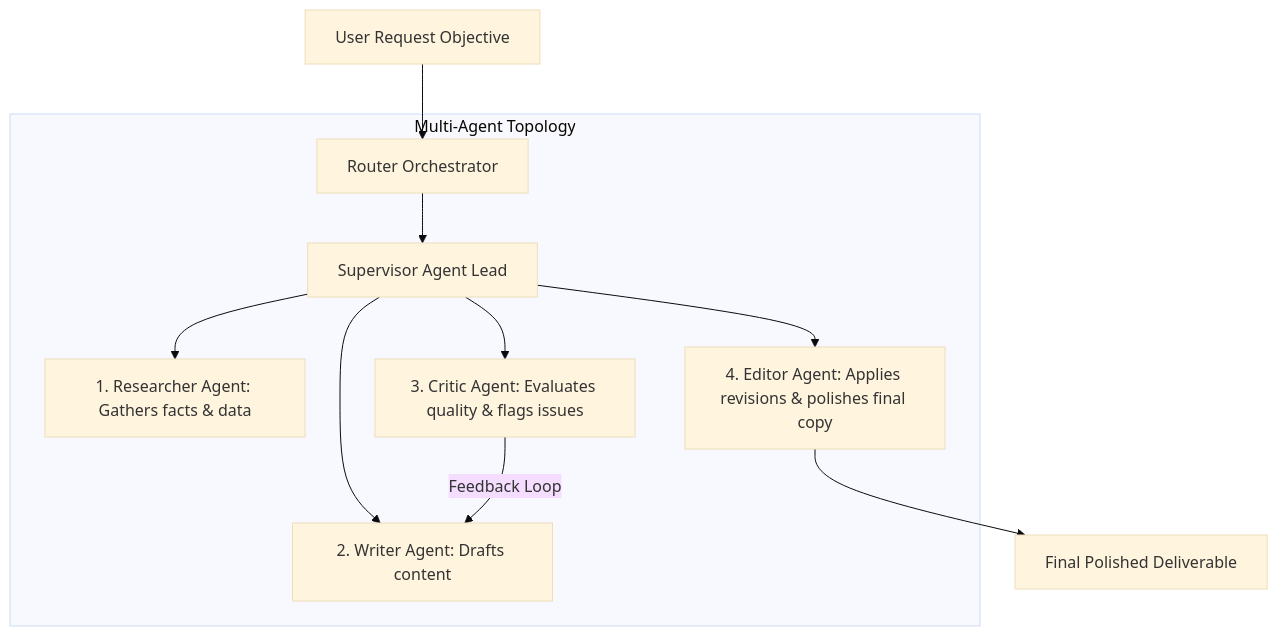
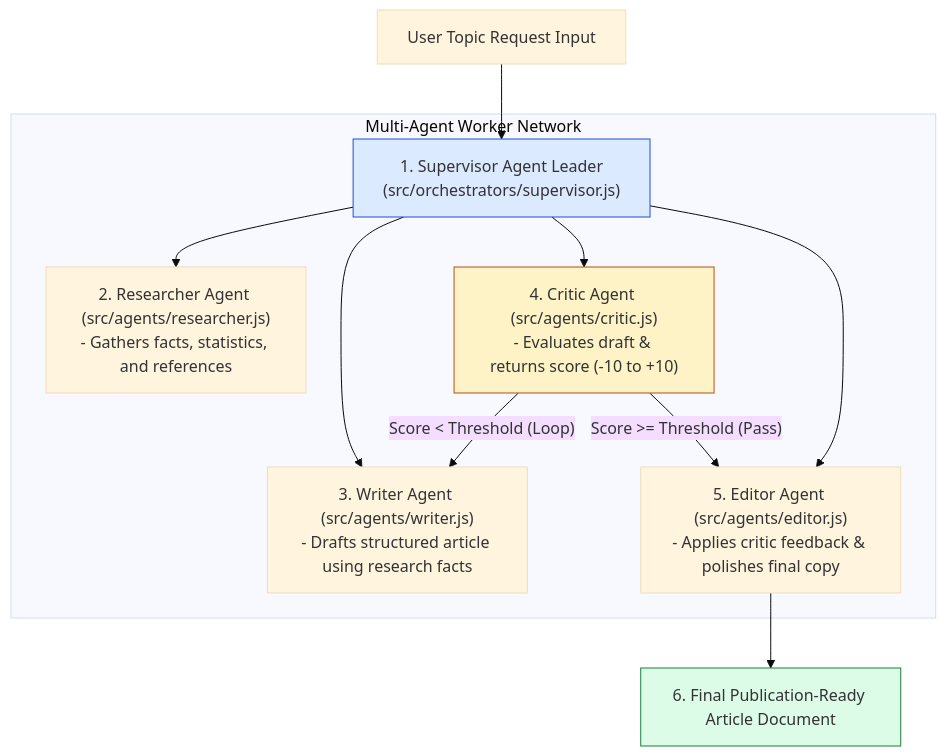
One commit to Amie-dev/engineering-playbook changed the first of 3 diagrams in agentic-ai-notes/07-neta-multiagent/00-neta-multiagent-overview.md. Above: the diagram before and after it, drawn with Mermaid (base theme). The commit also changed other lines of this file and 12 other files, not shown here.

First line of the commit message:
Refactor multi-agent architecture with centralized memory bus, prompts, tools, and quality evaluation

````diff
--- a/agentic-ai-notes/07-neta-multiagent/00-neta-multiagent-overview.md
+++ b/agentic-ai-notes/07-neta-multiagent/00-neta-multiagent-overview.md
@@ -10,17 +13,23 @@
 ```mermaid
 flowchart TD
-    Task[User Request Objective] --> Router[Router Orchestrator]
-    
-    subgraph Multi-Agent Topology
-        Router --> Supervisor[Supervisor Agent Lead]
-        
-        Supervisor --> Researcher[1. Researcher Agent: Gathers facts & data]
-        Supervisor --> Writer[2. Writer Agent: Drafts content]
-        Supervisor --> Critic[3. Critic Agent: Evaluates quality & flags issues]
-        Supervisor --> Editor[4. Editor Agent: Applies revisions & polishes final copy]
+    UserGoal[User Topic Request Input] --> Supervisor["1. Supervisor Agent Leader<br/>(src/orchestrators/supervisor.js)"]
 
-        Critic -- Feedback Loop --> Writer
+    subgraph Multi-Agent Worker Network
+        Supervisor --> Researcher["2. Researcher Agent (src/agents/researcher.js)<br/>- Gathers facts, statistics, and references"]
+
+        Supervisor --> Writer["3. Writer Agent (src/agents/writer.js)<br/>- Drafts structured article using research facts"]
+
+        Supervisor --> Critic["4. Critic Agent (src/agents/critic.js)<br/>- Evaluates draft & returns score (-10 to +10)"]
+
+        Supervisor --> Editor["5. Editor Agent (src/agents/editor.js)<br/>- Applies critic feedback & polishes final copy"]
     end
 
-    Editor --> FinalOutput[Final Polished Deliverable]
+    Critic -- "Score < Threshold (Loop)" --> Writer
+    Critic -- "Score >= Threshold (Pass)" --> Editor
+
+    Editor --> FinalDeliverable[6. Final Publication-Ready Article Document]
+
+    style Supervisor fill:#dbeafe,stroke:#1d4ed8
+    style Critic fill:#fef3c7,stroke:#b45309
+    style FinalDeliverable fill:#dcfce7,stroke:#15803d
 ```
````
